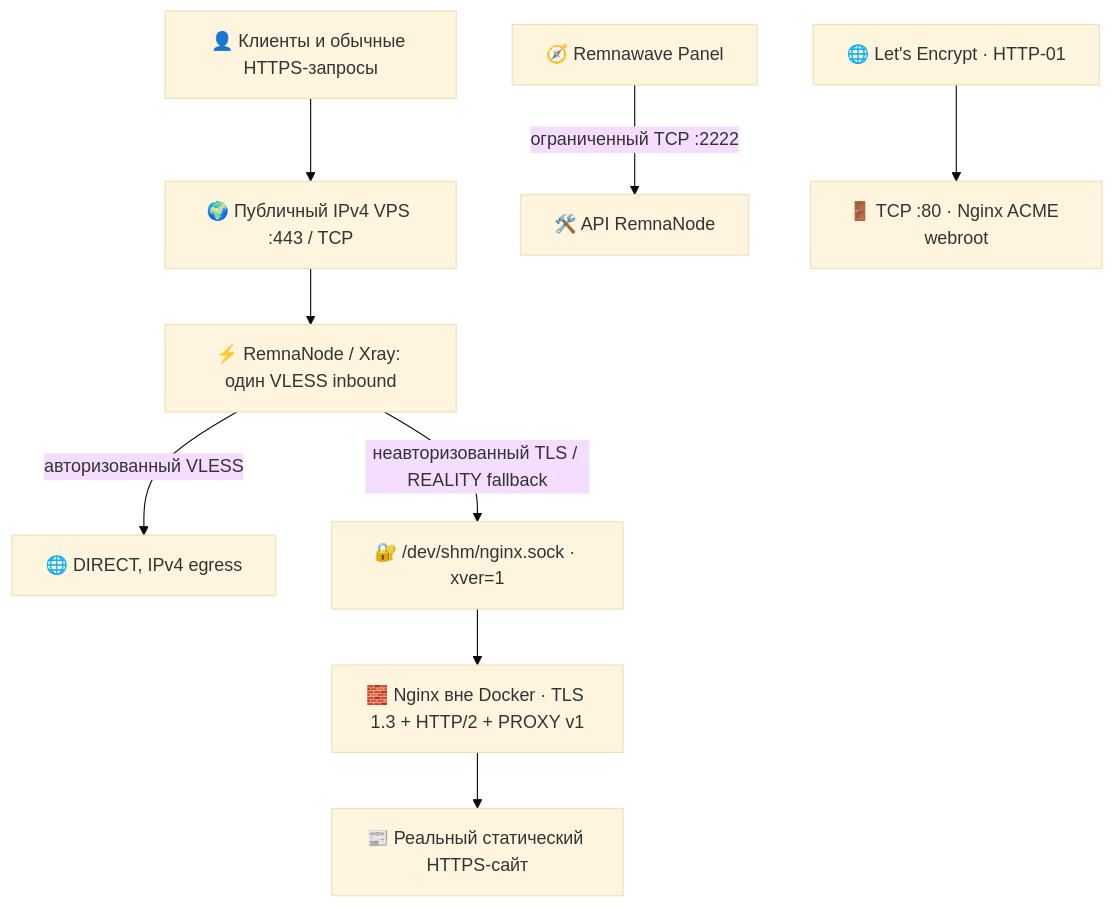
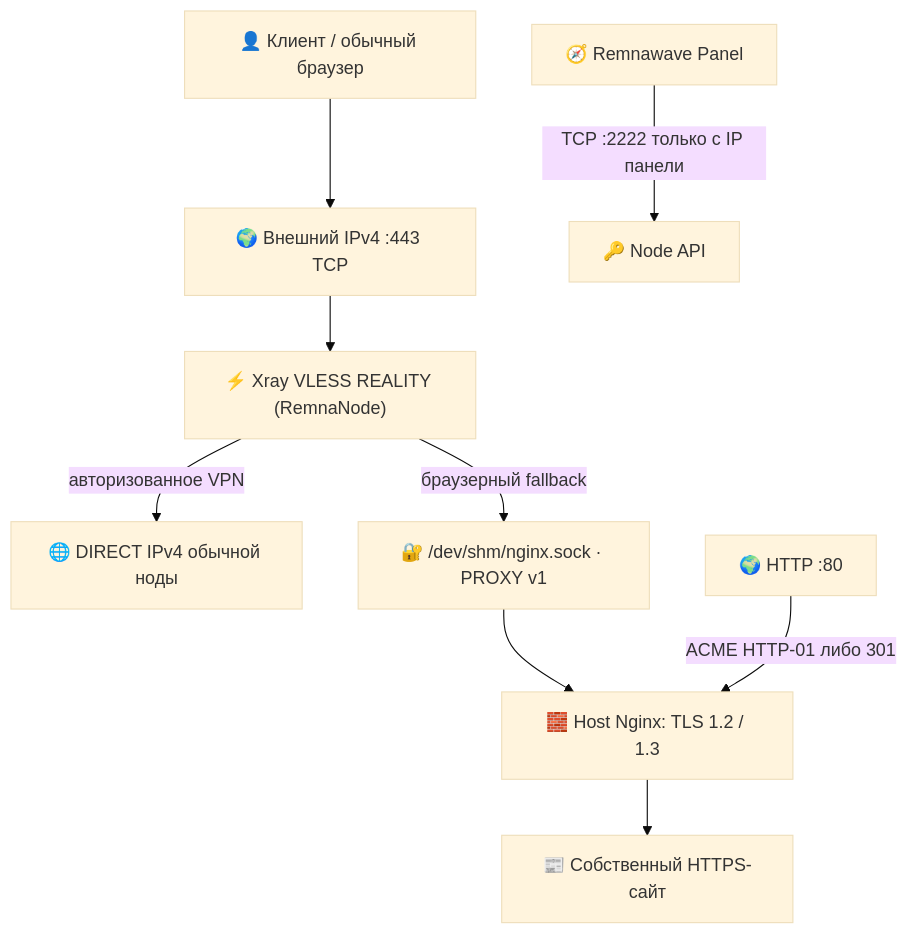
The first of 2 diagrams in README.md (SUXARIK-GITHUB/Node_Install), drawn with Mermaid (base theme) before and after one commit. The commit also changed other lines of this file and 62 other files, not shown here.

````diff
--- a/README.md
+++ b/README.md
@@ -192,11 +141,11 @@
 ```mermaid
 flowchart TD
-    C["👤 Клиенты и обычные HTTPS-запросы"] --> P["🌍 Публичный IPv4 VPS :443 / TCP"]
-    P --> X["⚡ RemnaNode / Xray: один VLESS inbound"]
-    X -->|"авторизованный VLESS"| O["🌐 DIRECT, IPv4 egress"]
-    X -->|"неавторизованный TLS / REALITY fallback"| S["🔐 /dev/shm/nginx.sock · xver=1"]
-    S --> N["🧱 Nginx вне Docker · TLS 1.3 + HTTP/2 + PROXY v1"]
-    N --> W["📰 Реальный статический HTTPS-сайт"]
-    A["🧭 Remnawave Panel"] -->|"ограниченный TCP :2222"| M["🛠️ API RemnaNode"]
-    ACME["🌐 Let's Encrypt · HTTP-01"] --> H["🚪 TCP :80 · Nginx ACME webroot"]
+    C["👤 Клиент / обычный браузер"] --> P["🌍 Внешний IPv4 :443 TCP"]
+    P --> X["⚡ Xray VLESS REALITY (RemnaNode)"]
+    X -->|"авторизованное VPN"| D["🌐 DIRECT IPv4 обычной ноды"]
+    X -->|"браузерный fallback"| S["🔐 /dev/shm/nginx.sock · PROXY v1"]
+    S --> N["🧱 Host Nginx: TLS 1.2 / 1.3"]
+    N --> W["📰 Собственный HTTPS-сайт"]
+    A["🧭 Remnawave Panel"] -->|"TCP :2222 только с IP панели"| M["🔑 Node API"]
+    H["🌍 HTTP :80"] -->|"ACME HTTP-01 либо 301"| N
 ```
````
